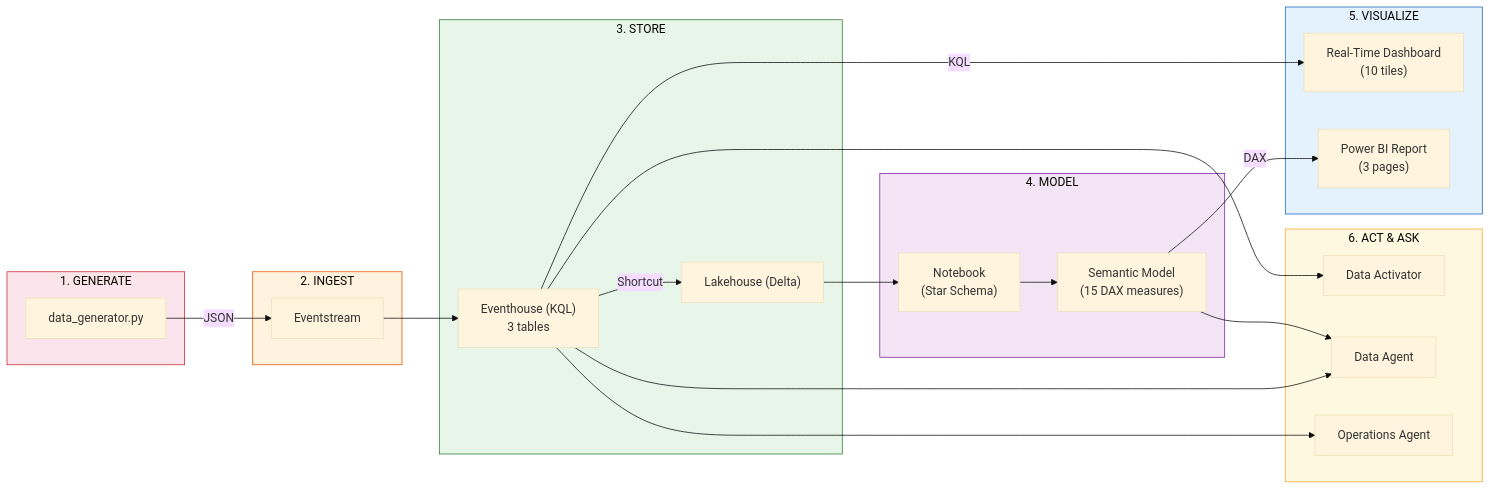
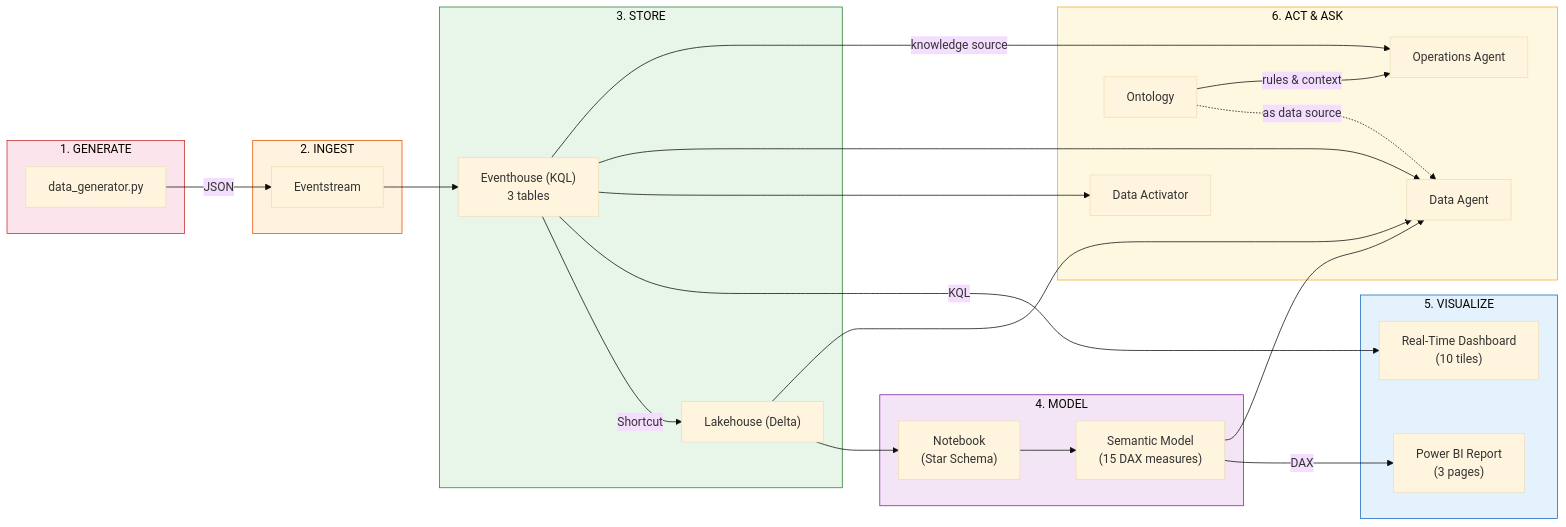
Diagram 16 of 20 in Contoso_Mining_Fabric_RTI_Demo_Plan.md (edhotp/RTI_DEMO_CONTOSO_MINING), drawn with Mermaid (base theme) before and after one commit. The commit also changed other lines of this file and 1 other file, not shown here.

First line of the commit message:
fix: validate & correct Data Agent vs Operations Agent architecture per MS Learn docs

````diff
--- a/Contoso_Mining_Fabric_RTI_Demo_Plan.md
+++ b/Contoso_Mining_Fabric_RTI_Demo_Plan.md
@@ -1466,42 +1475,46 @@
 ```mermaid
 flowchart LR
     subgraph S1["1. GENERATE"]
         PY["data_generator.py"]
     end
     subgraph S2["2. INGEST"]
         ES["Eventstream"]
     end
     subgraph S3["3. STORE"]
         EH["Eventhouse (KQL)\n3 tables"]
         LH["Lakehouse (Delta)"]
     end
     subgraph S4["4. MODEL"]
         NB["Notebook\n(Star Schema)"]
         SM["Semantic Model\n(15 DAX measures)"]
     end
     subgraph S5["5. VISUALIZE"]
         RTD["Real-Time Dashboard\n(10 tiles)"]
         PBI["Power BI Report\n(3 pages)"]
     end
     subgraph S6["6. ACT & ASK"]
         DA["Data Activator"]
         AG["Data Agent"]
+        ONT["Ontology"]
         OP["Operations Agent"]
     end
 
     PY -->|JSON| ES
     ES --> EH
     EH -->|Shortcut| LH
     LH --> NB --> SM
     EH -->|KQL| RTD
     SM -->|DAX| PBI
-    EH --> DA & AG & OP
-    SM --> AG
+    EH --> DA
+    EH & LH & SM --> AG
+    ONT -.->|"as data source"| AG
+    EH -->|"knowledge source"| OP
+    ONT -->|"rules & context"| OP
 
     style S1 fill:#FCE4EC,stroke:#C62828
     style S2 fill:#FFF3E0,stroke:#E65100
     style S3 fill:#E8F5E9,stroke:#2E7D32
     style S4 fill:#F3E5F5,stroke:#7B1FA2
     style S5 fill:#E3F2FD,stroke:#1565C0
     style S6 fill:#FFF8E1,stroke:#F9A825
 ```
````
